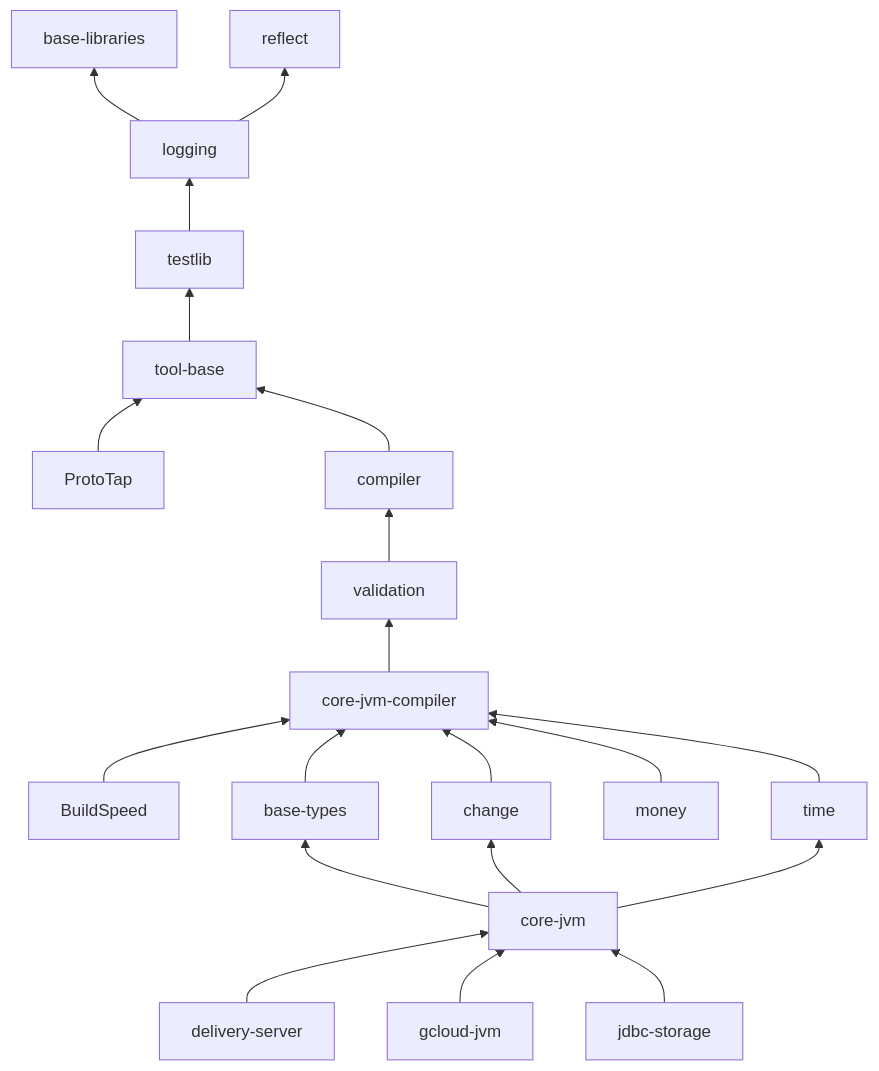
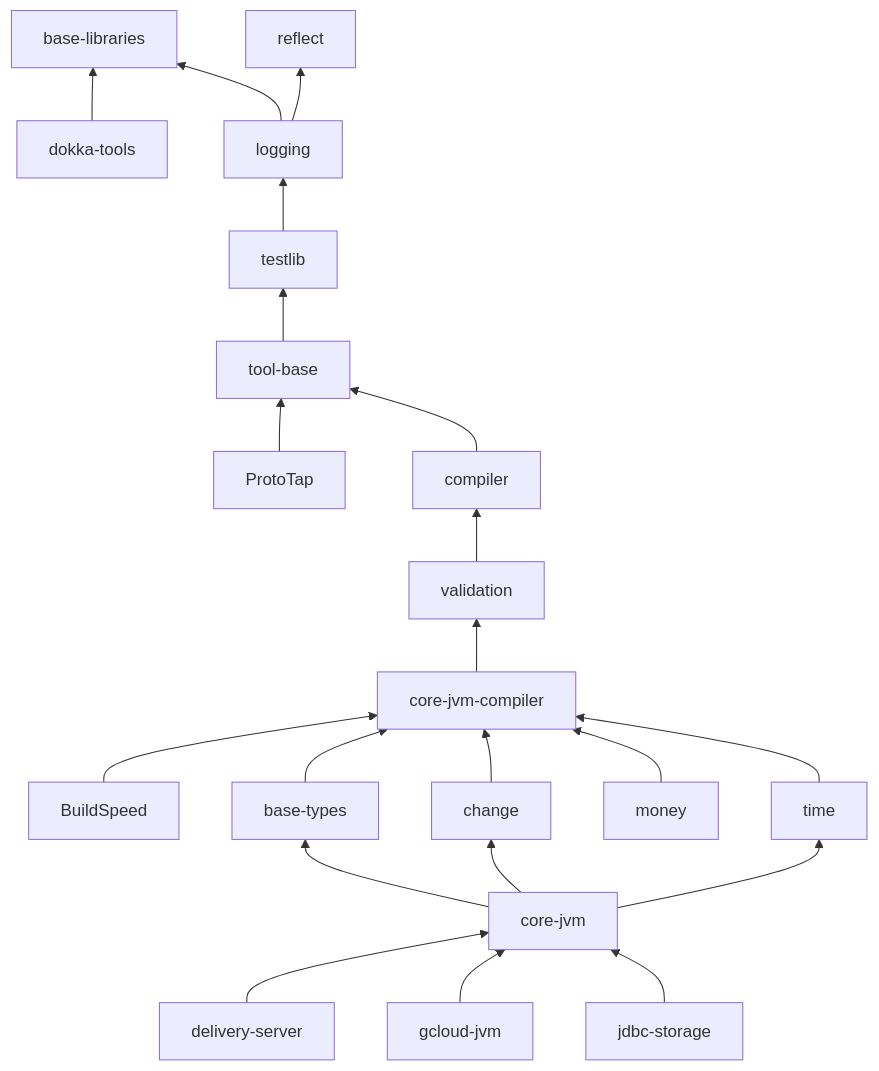
Before and after one commit to SpineEventEngine/summit: the first of 3 diagrams in docs/dependency-graph.md, drawn with Mermaid. The commit also changed other lines of this file and 2 other files, not shown here.

First line of the commit message:
Add dokka-tools to the dependency graph

````diff
--- a/docs/dependency-graph.md
+++ b/docs/dependency-graph.md
@@ -73,22 +89,23 @@
 ```mermaid
 flowchart BT
+    dokka-tools --> base-libraries
     logging --> base-libraries
     core-jvm --> base-types
     core-jvm --> change
     validation --> compiler
     delivery-server --> core-jvm
     gcloud-jvm --> core-jvm
     jdbc-storage --> core-jvm
     BuildSpeed --> core-jvm-compiler
     base-types --> core-jvm-compiler
     change --> core-jvm-compiler
     money --> core-jvm-compiler
     time --> core-jvm-compiler
     testlib --> logging
     logging --> reflect
     tool-base --> testlib
     core-jvm --> time
     ProtoTap --> tool-base
     compiler --> tool-base
     core-jvm-compiler --> validation
 ```
````
